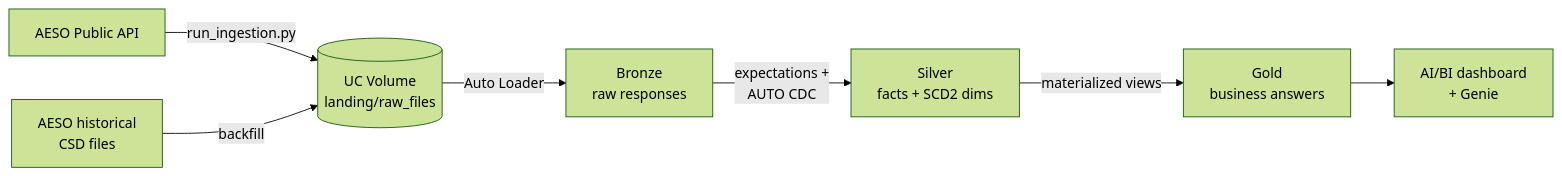
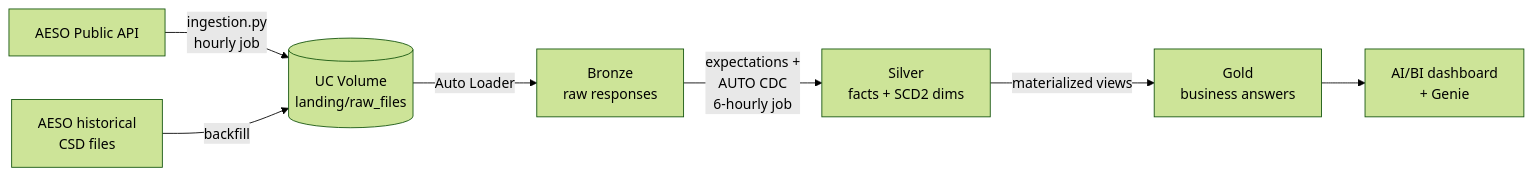
The diagram in README.md (sivakumarmanoharan/ab-power), drawn with Mermaid (forest theme) before and after one commit. The commit also changed other lines of this file and 2 other files, not shown here.

Commit message:
Ingestion and pipeline job created

````diff
--- a/README.md
+++ b/README.md
@@ -24,9 +24,9 @@
 ```mermaid
 flowchart LR
-    A[AESO Public API] -->|run_ingestion.py| B[(UC Volume<br/>landing/raw_files)]
+    A[AESO Public API] -->|ingestion.py<br/>hourly job| B[(UC Volume<br/>landing/raw_files)]
     C[AESO historical<br/>CSD files] -->|backfill| B
     B -->|Auto Loader| D[Bronze<br/>raw responses]
-    D -->|expectations +<br/>AUTO CDC| E[Silver<br/>facts + SCD2 dims]
+    D -->|expectations +<br/>AUTO CDC<br/>6-hourly job| E[Silver<br/>facts + SCD2 dims]
     E -->|materialized views| F[Gold<br/>business answers]
     F --> G[AI/BI dashboard<br/>+ Genie]
 ```
````
